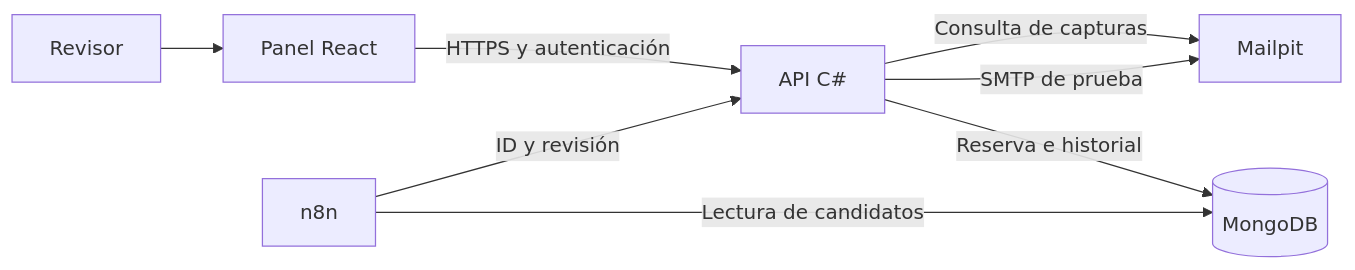
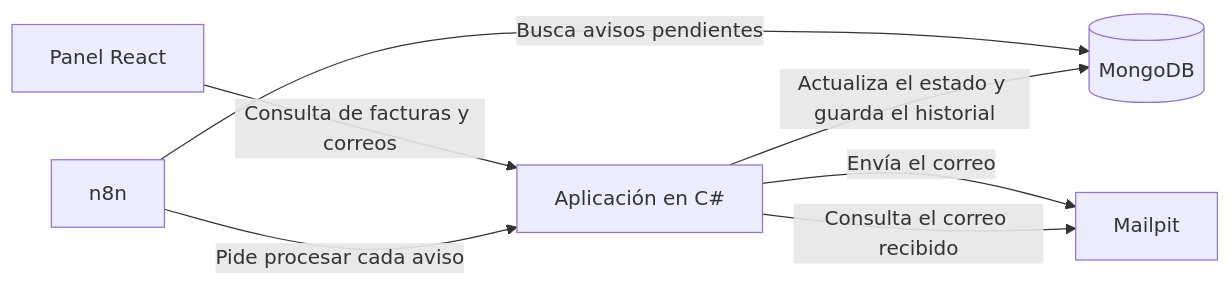
The diagram in docs/ARQUITECTURA.md (Ahgarzon/facturas-recordatorios), drawn with Mermaid before and after one commit. The commit also changed other lines of this file, not shown here.

````diff
--- a/docs/ARQUITECTURA.md
+++ b/docs/ARQUITECTURA.md
@@ -13,10 +21,9 @@
 ```mermaid
 flowchart LR
-    U[Revisor] --> R[Panel React]
-    R -->|HTTPS y autenticación| A[API C#]
-    N[n8n] -->|Lectura de candidatos| M[(MongoDB)]
-    N -->|ID y revisión| A
-    A -->|Reserva e historial| M
-    A -->|SMTP de prueba| P[Mailpit]
-    A -->|Consulta de capturas| P
+    R[Panel React] -->|Consulta de facturas y correos| A[Aplicación en C#]
+    N[n8n] -->|Busca avisos pendientes| M[(MongoDB)]
+    N -->|Pide procesar cada aviso| A
+    A -->|Actualiza el estado y guarda el historial| M
+    A -->|Envía el correo| P[Mailpit]
+    A -->|Consulta el correo recibido| P
 ```
````
